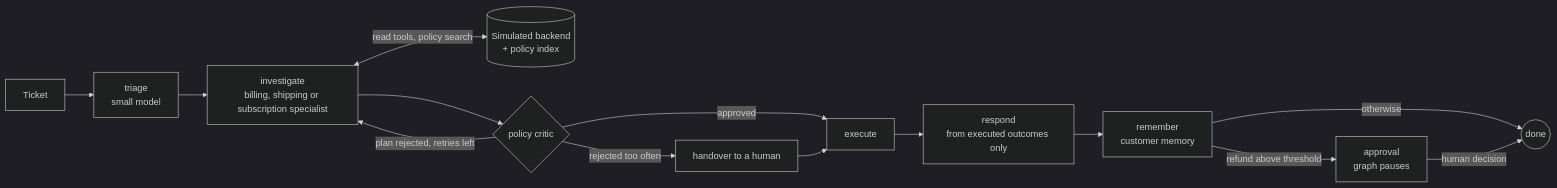
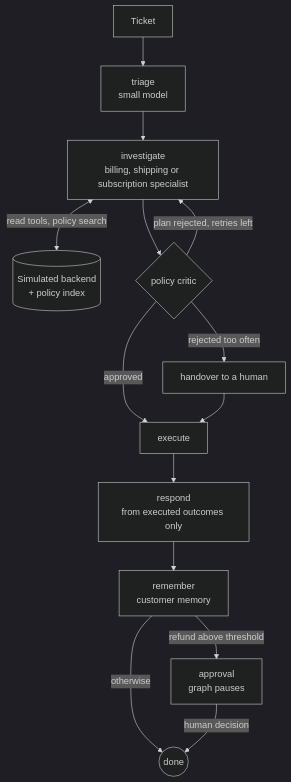
Before and after one commit to bartuonder/Parley: the first of 2 diagrams in README.md, drawn with Mermaid (dark theme).

Commit message:
docs: lay the graph diagram out top to bottom

````diff
--- a/README.md
+++ b/README.md
@@ -25,16 +25,16 @@
 ```mermaid
-flowchart LR
+flowchart TD
   T[Ticket] --> TR[triage<br/>small model]
   TR --> IN[investigate<br/>billing, shipping or subscription specialist]
   IN <-->|read tools, policy search| W[(Simulated backend<br/>+ policy index)]
   IN --> CR{policy critic}
   CR -->|plan rejected, retries left| IN
   CR -->|approved| EX[execute]
   CR -->|rejected too often| HO[handover to a human]
   HO --> EX
   EX --> RS[respond<br/>from executed outcomes only]
   RS --> ME[remember<br/>customer memory]
   ME -->|refund above threshold| AP[approval<br/>graph pauses]
   ME -->|otherwise| END((done))
   AP -->|human decision| END
 ```
````
